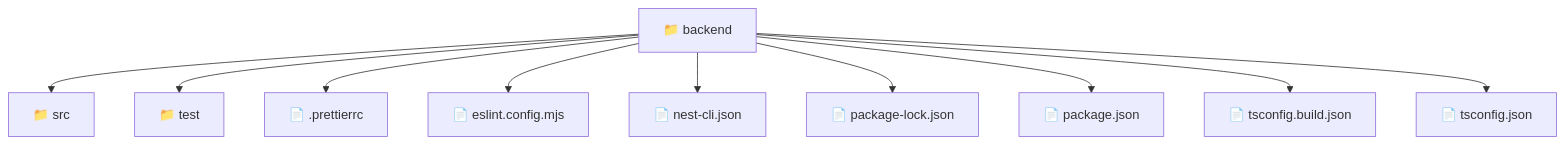
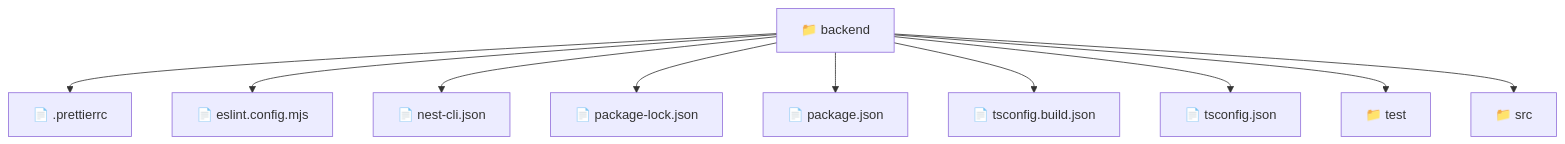
The diagram in backend/README.md (beginwebdev2002/fullstack-mavluda), drawn with Mermaid before and after one commit. The commit also changed other lines of this file and 166 other files, not shown here.

First line of the commit message:
docs: generate repository-wide architectural README files

````diff
--- a/backend/README.md
+++ b/backend/README.md
@@ -9,13 +11,22 @@
 ```mermaid
 graph TD
-  Root["📁 backend"]
-  Root --> src["📁 src"]
-  Root --> test["📁 test"]
-  Root --> _prettierrc["📄 .prettierrc"]
-  Root --> eslint_config_mjs["📄 eslint.config.mjs"]
-  Root --> nest_cli_json["📄 nest-cli.json"]
-  Root --> package_lock_json["📄 package-lock.json"]
-  Root --> package_json["📄 package.json"]
-  Root --> tsconfig_build_json["📄 tsconfig.build.json"]
-  Root --> tsconfig_json["📄 tsconfig.json"]
+  f_Root_backend["📁 backend"]
+  f__prettierrc["📄 .prettierrc"]
+  f_Root_backend --> f__prettierrc
+  f_eslint_config_mjs["📄 eslint.config.mjs"]
+  f_Root_backend --> f_eslint_config_mjs
+  f_nest_cli_json["📄 nest-cli.json"]
+  f_Root_backend --> f_nest_cli_json
+  f_package_lock_json["📄 package-lock.json"]
+  f_Root_backend --> f_package_lock_json
+  f_package_json["📄 package.json"]
+  f_Root_backend --> f_package_json
+  f_tsconfig_build_json["📄 tsconfig.build.json"]
+  f_Root_backend --> f_tsconfig_build_json
+  f_tsconfig_json["📄 tsconfig.json"]
+  f_Root_backend --> f_tsconfig_json
+  f_Dir_test["📁 test"]
+  f_Root_backend --> f_Dir_test
+  f_Dir_src["📁 src"]
+  f_Root_backend --> f_Dir_src
 ```
````
